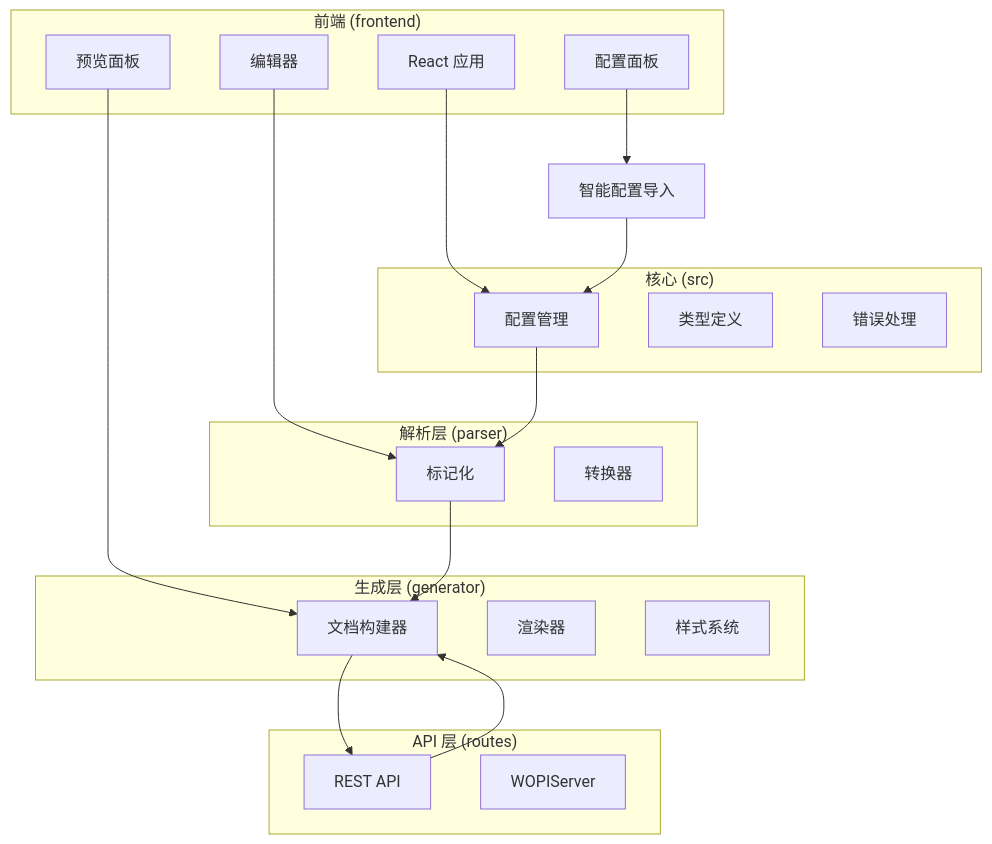
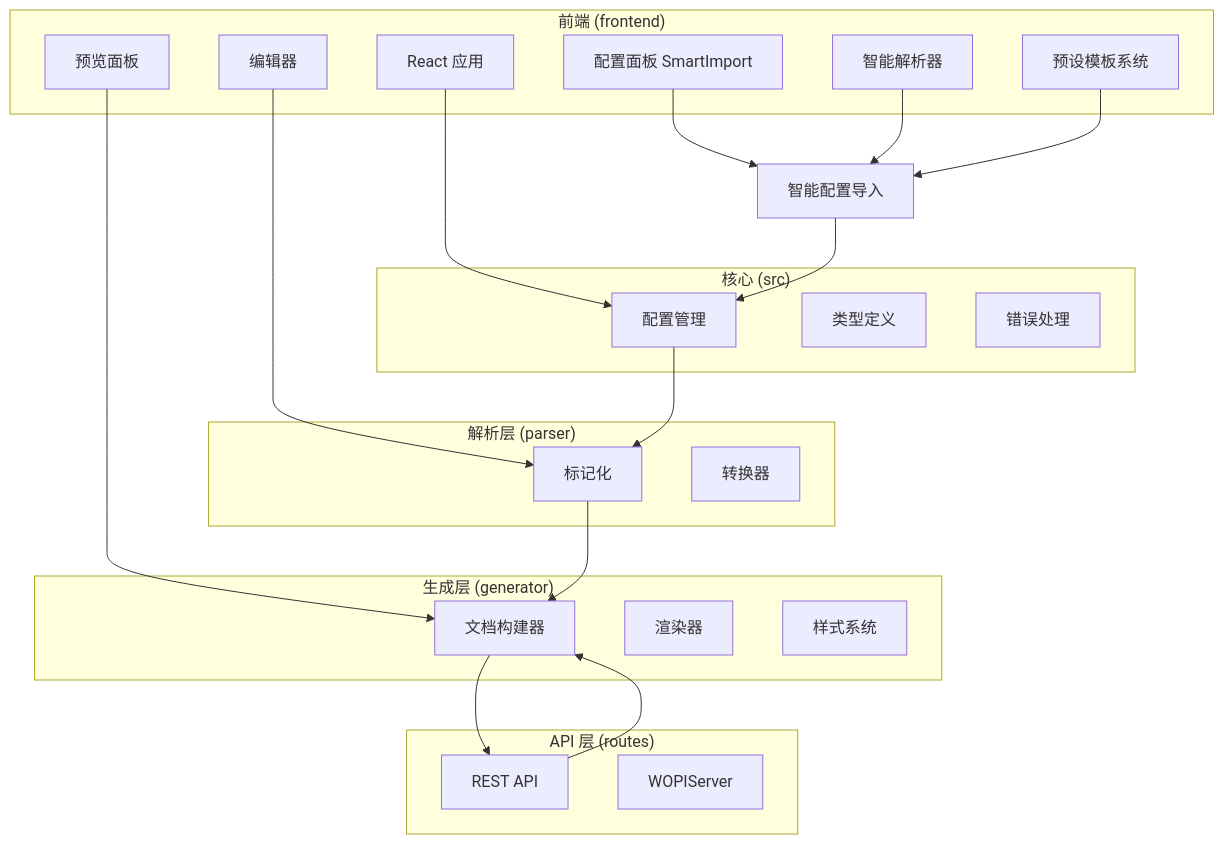
One commit to wanwushelie/markdown-to-word-studio changed the first of 10 diagrams in .lingma/repowiki/zh/content/用户指南/配置系统/智能配置导入系统.md. Above: the diagram before and after it, drawn with Mermaid. The commit also changed other lines of this file and 21 other files, not shown here.

````diff
--- a/.lingma/repowiki/zh/content/用户指南/配置系统/智能配置导入系统.md
+++ b/.lingma/repowiki/zh/content/用户指南/配置系统/智能配置导入系统.md
@@ -48,36 +58,40 @@
 ```mermaid
 graph TB
 subgraph "前端 (frontend)"
 FE1[React 应用]
-FE2[配置面板]
+FE2[配置面板 SmartImport]
 FE3[编辑器]
 FE4[预览面板]
+FE5[智能解析器]
+FE6[预设模板系统]
 end
 subgraph "核心 (src)"
 CORE1[配置管理]
 CORE2[类型定义]
 CORE3[错误处理]
 end
 subgraph "解析层 (parser)"
 PARSE1[标记化]
 PARSE2[转换器]
 end
 subgraph "生成层 (generator)"
 GEN1[文档构建器]
 GEN2[渲染器]
 GEN3[样式系统]
 end
 subgraph "API 层 (routes)"
 API1[REST API]
 API2[WOPIServer]
 end
 FE1 --> CORE1
 FE2 --> SMART[智能配置导入]
 FE3 --> PARSE1
 FE4 --> GEN1
+FE5 --> SMART
+FE6 --> SMART
 SMART --> CORE1
 CORE1 --> PARSE1
 PARSE1 --> GEN1
 GEN1 --> API1
 API1 --> GEN1
 ```
````
